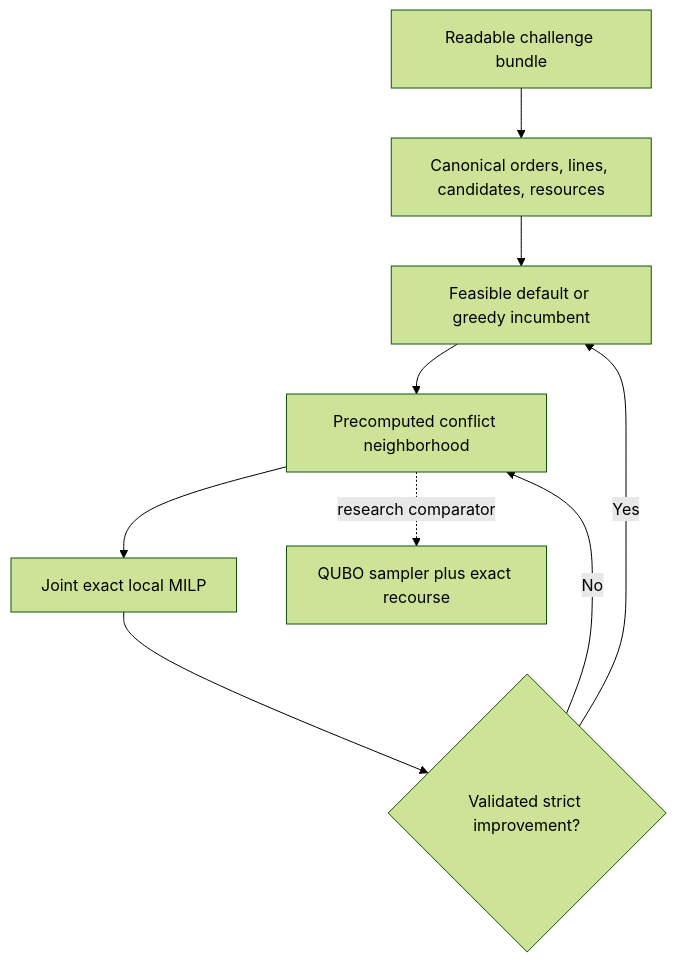
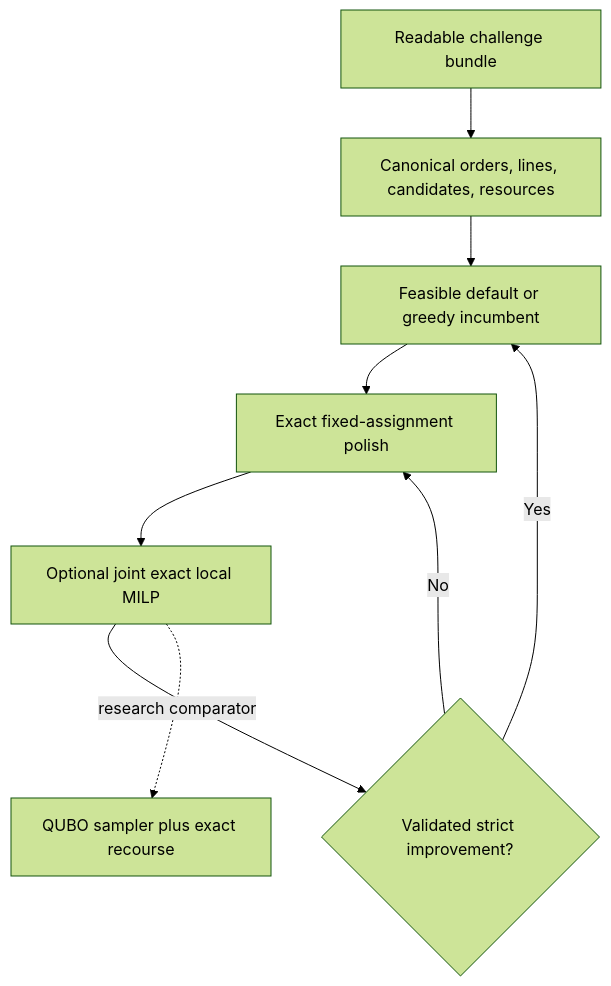
The diagram in README.md (apomorovv/wiser-dom-optimization), drawn with Mermaid (forest theme) before and after one commit. The commit also changed other lines of this file and 45 other files, not shown here.

````diff
--- a/README.md
+++ b/README.md
@@ -66,11 +69,11 @@
 ```mermaid
 flowchart TD
     A["Readable challenge bundle"] --> B["Canonical orders, lines, candidates, resources"]
     B --> C["Feasible default or greedy incumbent"]
-    C --> D["Precomputed conflict neighborhood"]
-    D --> E["Joint exact local MILP"]
+    C --> D["Exact fixed-assignment polish"]
+    D --> E["Optional joint exact local MILP"]
     E --> F{"Validated strict improvement?"}
     F -->|Yes| C
     F -->|No| D
-    D -. research comparator .-> G["QUBO sampler plus exact recourse"]
+    E -. research comparator .-> G["QUBO sampler plus exact recourse"]
 ```
````
